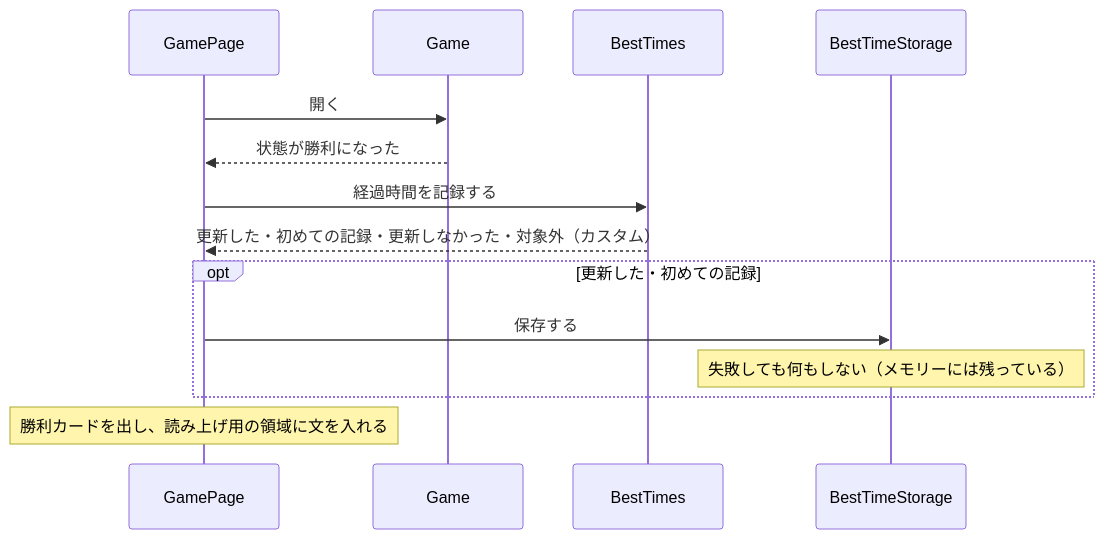
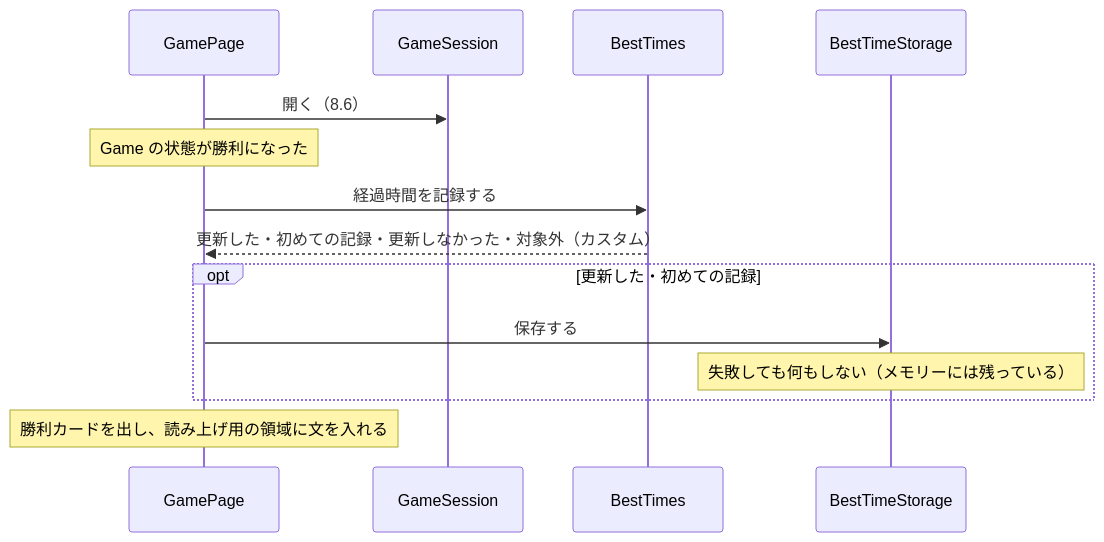
One commit to Fujiwo/Shos.Minesweeper changed the ninth of 12 diagrams in docs/04-architecture.md. Above: the diagram before and after it, drawn with Mermaid. The commit also changed other lines of this file and 2 other files, not shown here.

First line of the commit message:
Refactor sound effect implementation in architecture review

````diff
--- a/docs/04-architecture.md
+++ b/docs/04-architecture.md
@@ -462,16 +474,16 @@
 ```mermaid
 sequenceDiagram
     participant GamePage
-    participant Game
+    participant GS as GameSession
     participant BT as BestTimes
     participant BTS as BestTimeStorage
-    GamePage->>Game: 開く
-    Game-->>GamePage: 状態が勝利になった
+    GamePage->>GS: 開く（8.6）
+    Note over GamePage: Game の状態が勝利になった
     GamePage->>BT: 経過時間を記録する
     BT-->>GamePage: 更新した・初めての記録・更新しなかった・対象外（カスタム）
     opt 更新した・初めての記録
         GamePage->>BTS: 保存する
         Note over BTS: 失敗しても何もしない（メモリーには残っている）
     end
     Note over GamePage: 勝利カードを出し、読み上げ用の領域に文を入れる
 ```
````
